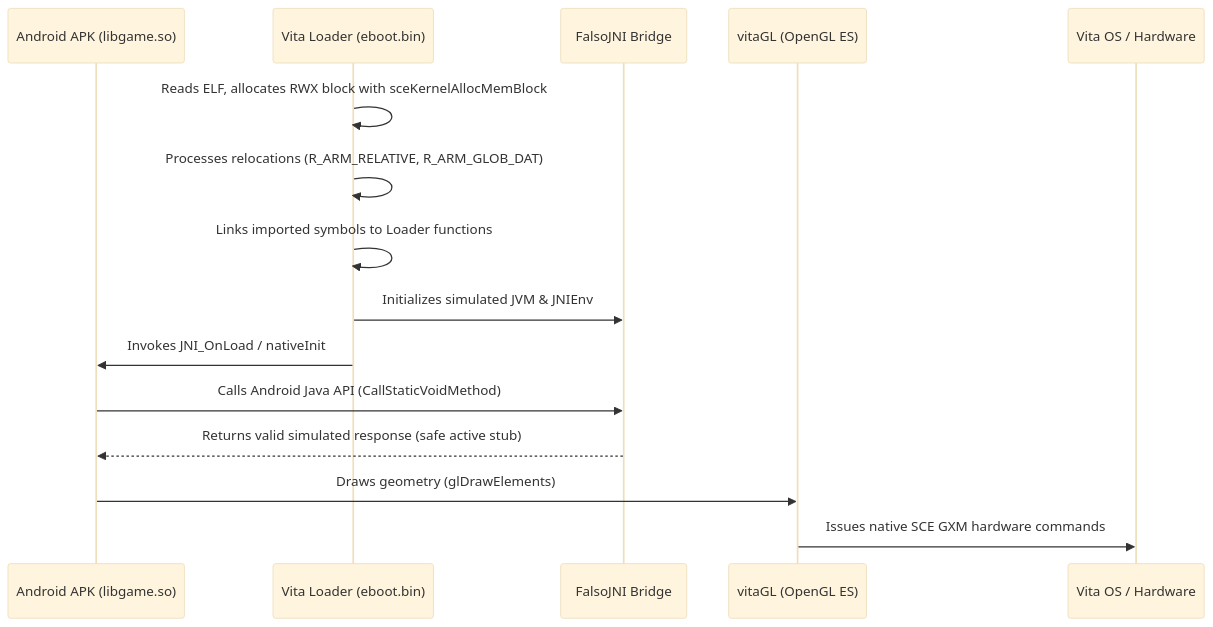
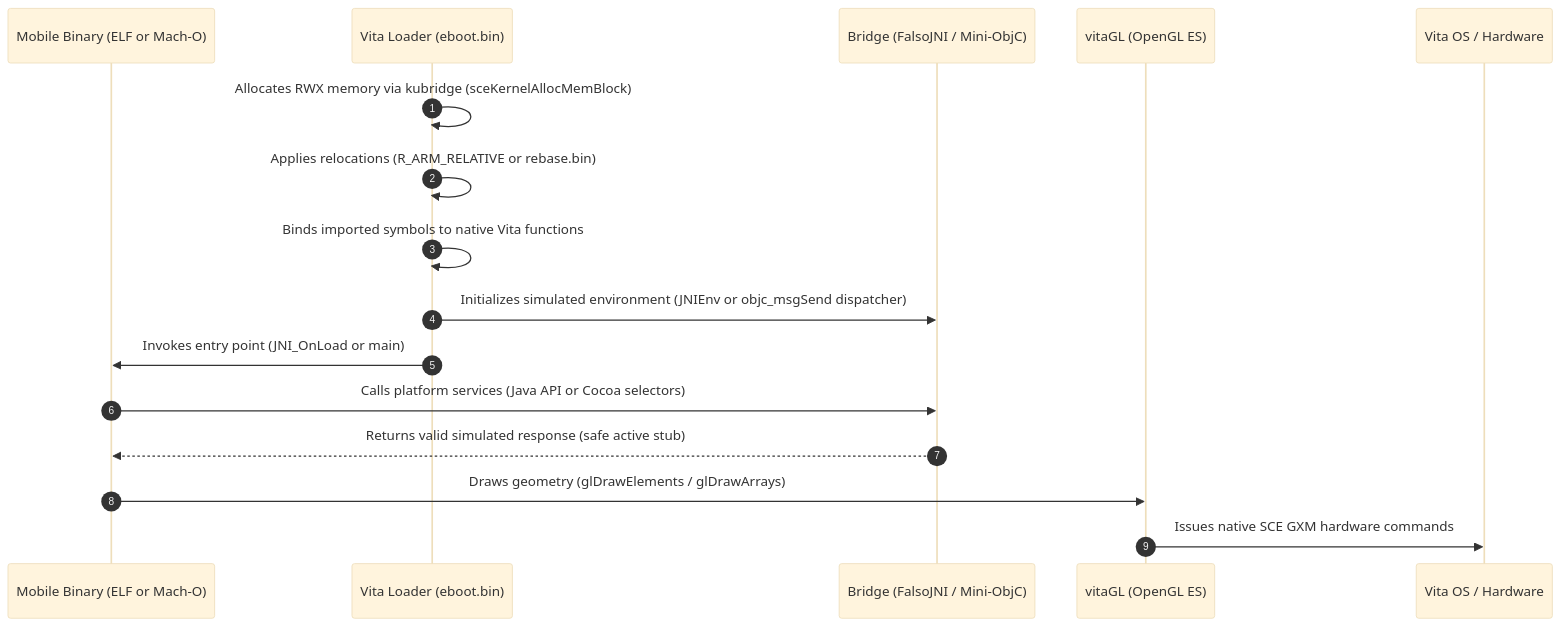
One commit to MetalSyntax/psvita-porting-wiki changed the second of 2 diagrams in docs/00-fundamentals-architecture.md. Above: the diagram before and after it, drawn with Mermaid (base theme). The commit also changed other lines of this file and 13 other files, not shown here.

First line of the commit message:
docs: add iOS Mach-O porting, Android vs iOS comparison, and advanced techniques

````diff
--- a/docs/00-fundamentals-architecture.md
+++ b/docs/00-fundamentals-architecture.md
@@ -134,18 +135,19 @@
 ```mermaid
 sequenceDiagram
-    participant APK as Android APK (libgame.so)
+    autonumber
+    participant App as Mobile Binary (ELF or Mach-O)
     participant Loader as Vita Loader (eboot.bin)
-    participant FalsoJNI as FalsoJNI Bridge
+    participant Bridge as Bridge (FalsoJNI / Mini-ObjC)
     participant VitaGL as vitaGL (OpenGL ES)
     participant VitaOS as Vita OS / Hardware
 
-    Loader->>Loader: Reads ELF, allocates RWX block with sceKernelAllocMemBlock
-    Loader->>Loader: Processes relocations (R_ARM_RELATIVE, R_ARM_GLOB_DAT)
-    Loader->>Loader: Links imported symbols to Loader functions
-    Loader->>FalsoJNI: Initializes simulated JVM & JNIEnv
-    Loader->>APK: Invokes JNI_OnLoad / nativeInit
-    APK->>FalsoJNI: Calls Android Java API (CallStaticVoidMethod)
-    FalsoJNI-->>APK: Returns valid simulated response (safe active stub)
-    APK->>VitaGL: Draws geometry (glDrawElements)
+    Loader->>Loader: Allocates RWX memory via kubridge (sceKernelAllocMemBlock)
+    Loader->>Loader: Applies relocations (R_ARM_RELATIVE or rebase.bin)
+    Loader->>Loader: Binds imported symbols to native Vita functions
+    Loader->>Bridge: Initializes simulated environment (JNIEnv or objc_msgSend dispatcher)
+    Loader->>App: Invokes entry point (JNI_OnLoad or main)
+    App->>Bridge: Calls platform services (Java API or Cocoa selectors)
+    Bridge-->>App: Returns valid simulated response (safe active stub)
+    App->>VitaGL: Draws geometry (glDrawElements / glDrawArrays)
     VitaGL->>VitaOS: Issues native SCE GXM hardware commands
 ```
````
